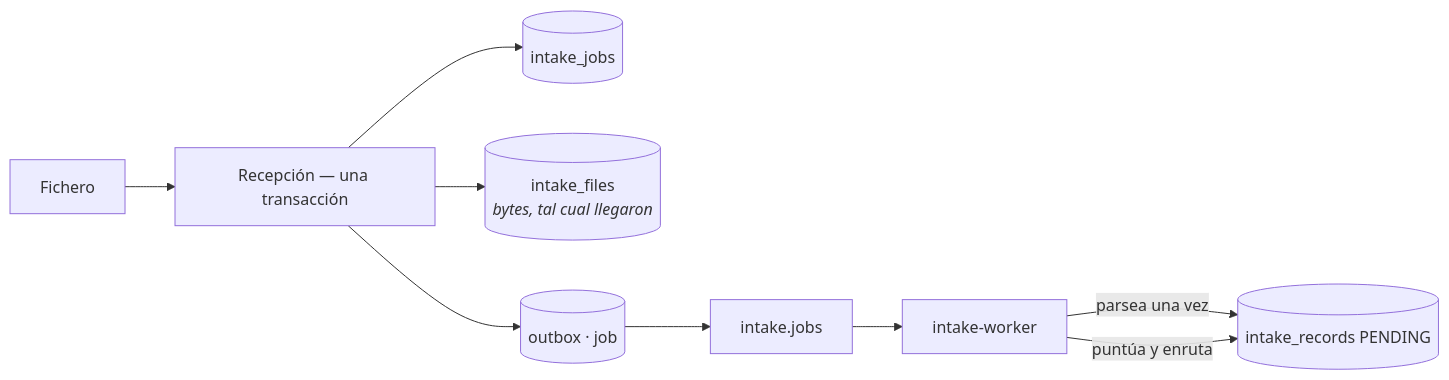
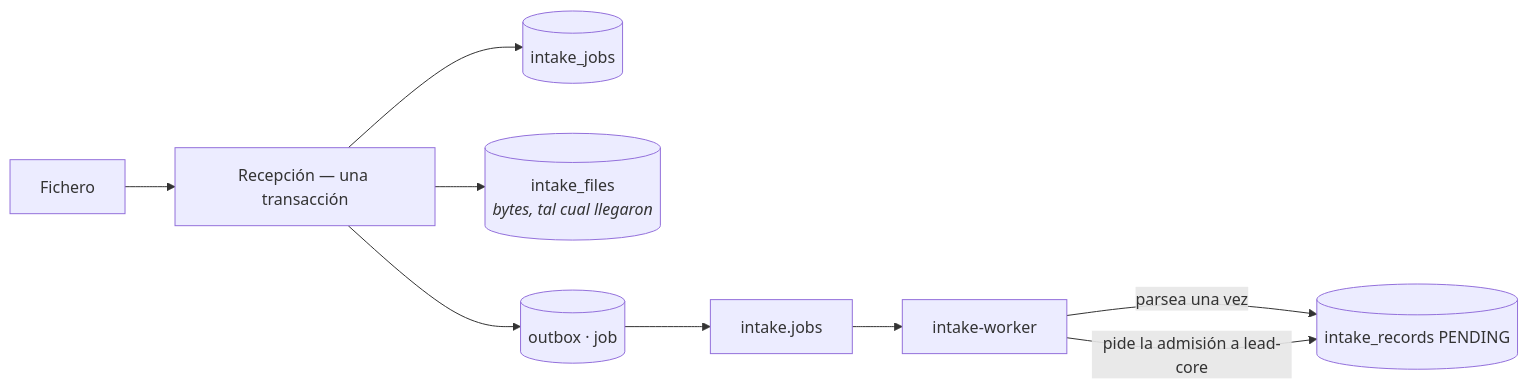
One commit to MDCIrony/leads-hexa changed the third of 3 diagrams in docs/content/eventos/rabbitmq.md. Above: the diagram before and after it, drawn with Mermaid. The commit also changed other lines of this file and 33 other files, not shown here.

````diff
--- a/docs/content/eventos/rabbitmq.md
+++ b/docs/content/eventos/rabbitmq.md
@@ -83,11 +85,11 @@
 ```mermaid
 flowchart LR
     F["Fichero"] --> R["Recepción — una transacción"]
     R --> J[("intake_jobs")]
     R --> FI[("intake_files<br/><i>bytes, tal cual llegaron</i>")]
     R --> O[("outbox · job")]
     O --> Q["intake.jobs"]
     Q --> W["intake-worker"]
     W -->|"parsea una vez"| REC[("intake_records PENDING")]
-    W -->|"puntúa y enruta"| REC
+    W -->|"pide la admisión a lead-core"| REC
 ```
````
